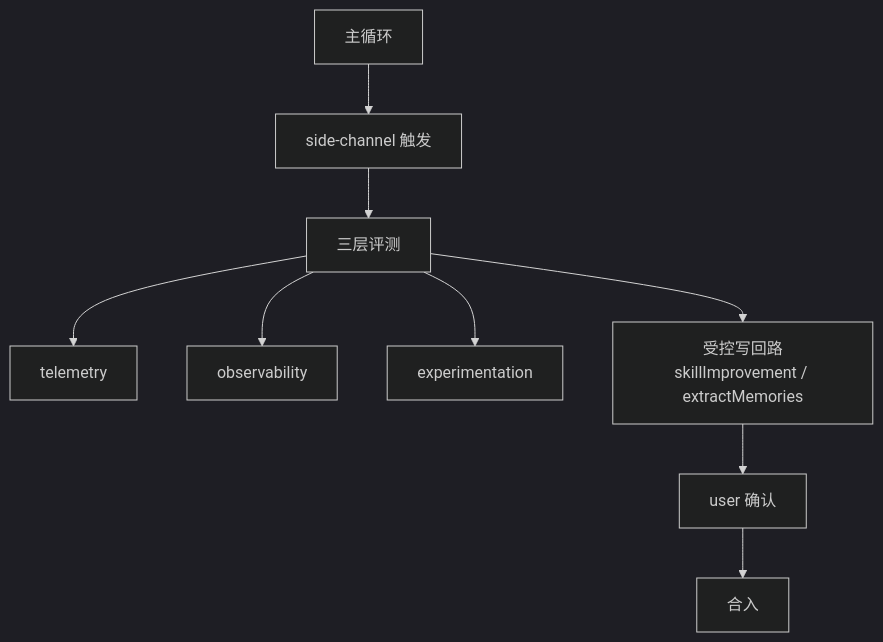
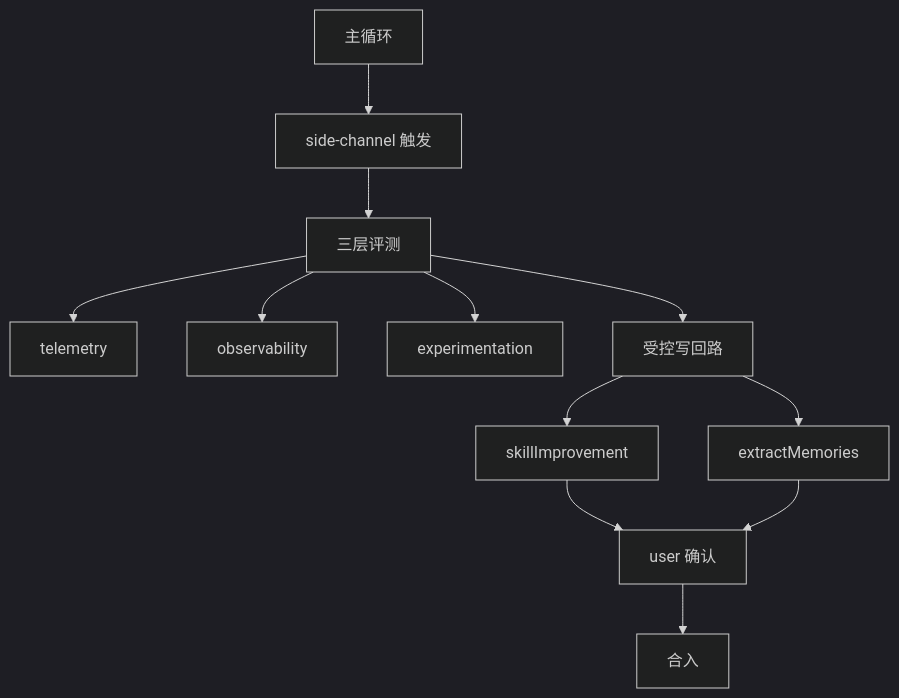
The diagram in claude-code-architecture/10-memory-evaluation-and-self-improvement.md (betaHi/betaHi.github.io), drawn with Mermaid (dark theme) before and after one commit. The commit also changed 12 other files, not shown here.

First line of the commit message:
Prevent mermaid clipping by shortening dense node labels

````diff
--- a/claude-code-architecture/10-memory-evaluation-and-self-improvement.md
+++ b/claude-code-architecture/10-memory-evaluation-and-self-improvement.md
@@ -22,11 +22,14 @@
 ```mermaid
 flowchart TD
     A["主循环"] --> B["side-channel 触发"]
     B --> C["三层评测"]
     C --> C1["telemetry"]
     C --> C2["observability"]
     C --> C3["experimentation"]
-    C --> D["受控写回路<br/>skillImprovement / extractMemories"]
-    D --> E["user 确认"]
+    C --> D["受控写回路"]
+    D --> D1["skillImprovement"]
+    D --> D2["extractMemories"]
+    D1 --> E["user 确认"]
+    D2 --> E
     E --> F["合入"]
 ```
````
